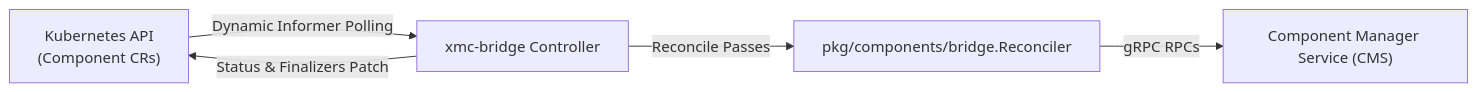
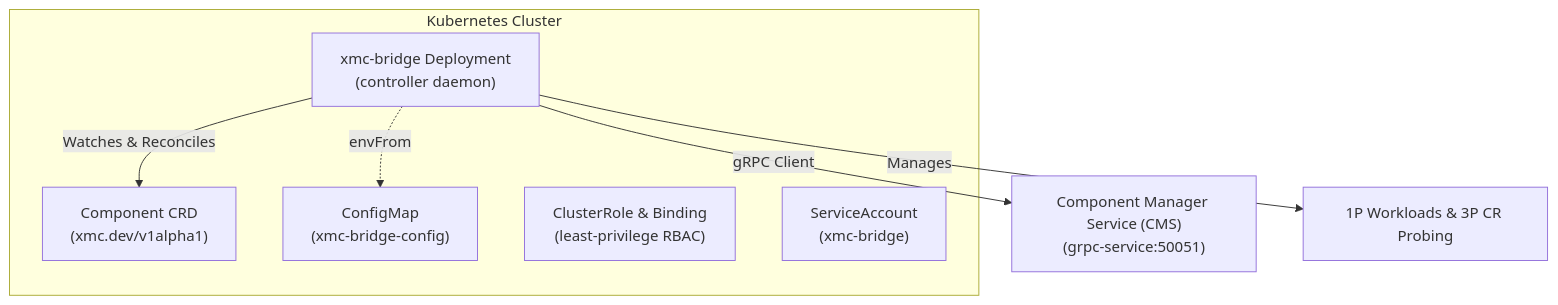
The diagram in cmd/xmc-bridge/README.md (google/xmc), drawn with Mermaid before and after one commit. The commit also changed other lines of this file and 1 other file, not shown here.

Commit message:
docs(components): consolidate component documentation into cmd/xmc-bridge/README.md and remove from helm templates

````diff
--- a/cmd/xmc-bridge/README.md
+++ b/cmd/xmc-bridge/README.md
@@ -9,7 +9,15 @@
 ```mermaid
-graph LR
-    K8s["Kubernetes API<br>(Component CRs)"] -->|"Dynamic Informer Polling"| Controller["xmc-bridge Controller"]
-    Controller -->|"Reconcile Passes"| Bridge["pkg/components/bridge.Reconciler"]
-    Bridge -->|"gRPC RPCs"| CMS["Component Manager Service (CMS)"]
-    Controller -->|"Status & Finalizers Patch"| K8s
+graph TD
+    subgraph Kubernetes["Kubernetes Cluster"]
+        CRD["Component CRD<br>(xmc.dev/v1alpha1)"]
+        Deploy["xmc-bridge Deployment<br>(controller daemon)"]
+        CM["ConfigMap<br>(xmc-bridge-config)"]
+        RBAC["ClusterRole & Binding<br>(least-privilege RBAC)"]
+        SA["ServiceAccount<br>(xmc-bridge)"]
+    end
+
+    Deploy -.->|"envFrom"| CM
+    Deploy -->|"Watches & Reconciles"| CRD
+    Deploy -->|"gRPC Client"| CMS["Component Manager Service (CMS)<br>(grpc-service:50051)"]
+    Deploy -->|"Manages"| Workloads["1P Workloads & 3P CR Probing"]
 ```
````
